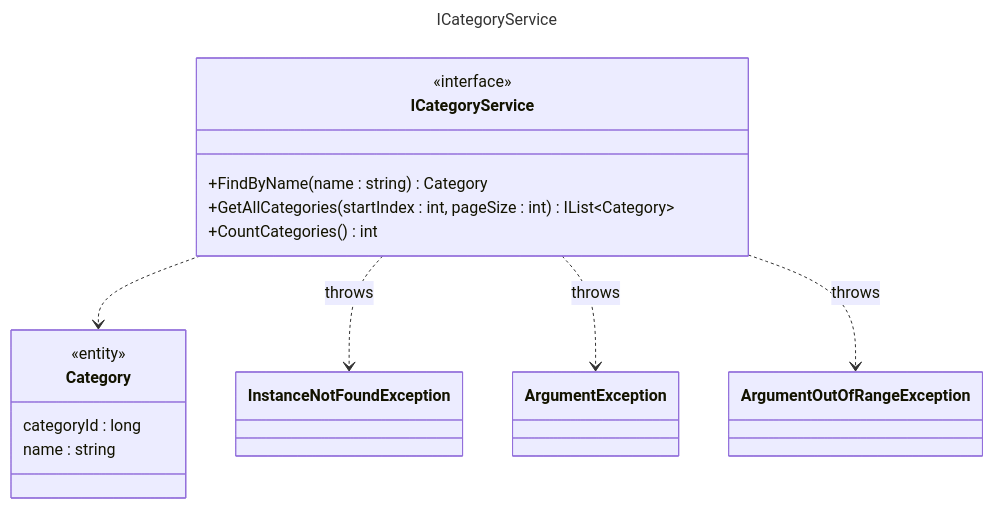
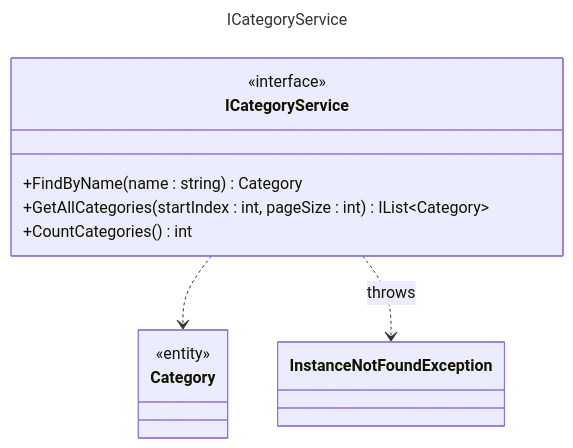
Before and after one commit to Martinhdeez/memoria-trustify-preview: the third of 11 diagrams in README.md, drawn with Mermaid. The commit also changed other lines of this file, not shown here.

Commit message:
Simplificar arquitectura global y diagramas de servicios

````diff
--- a/README.md
+++ b/README.md
@@ -241,22 +215,18 @@
 ```mermaid
 ---
 title: ICategoryService
 ---
 classDiagram
     class ICategoryService {
         <<interface>>
         +FindByName(name : string) Category
         +GetAllCategories(startIndex : int, pageSize : int) IList~Category~
         +CountCategories() int
     }
     class Category {
         <<entity>>
-        categoryId : long
-        name : string
     }
 
     ICategoryService ..> Category
     ICategoryService ..> InstanceNotFoundException : throws
-    ICategoryService ..> ArgumentException : throws
-    ICategoryService ..> ArgumentOutOfRangeException : throws
 ```
````
